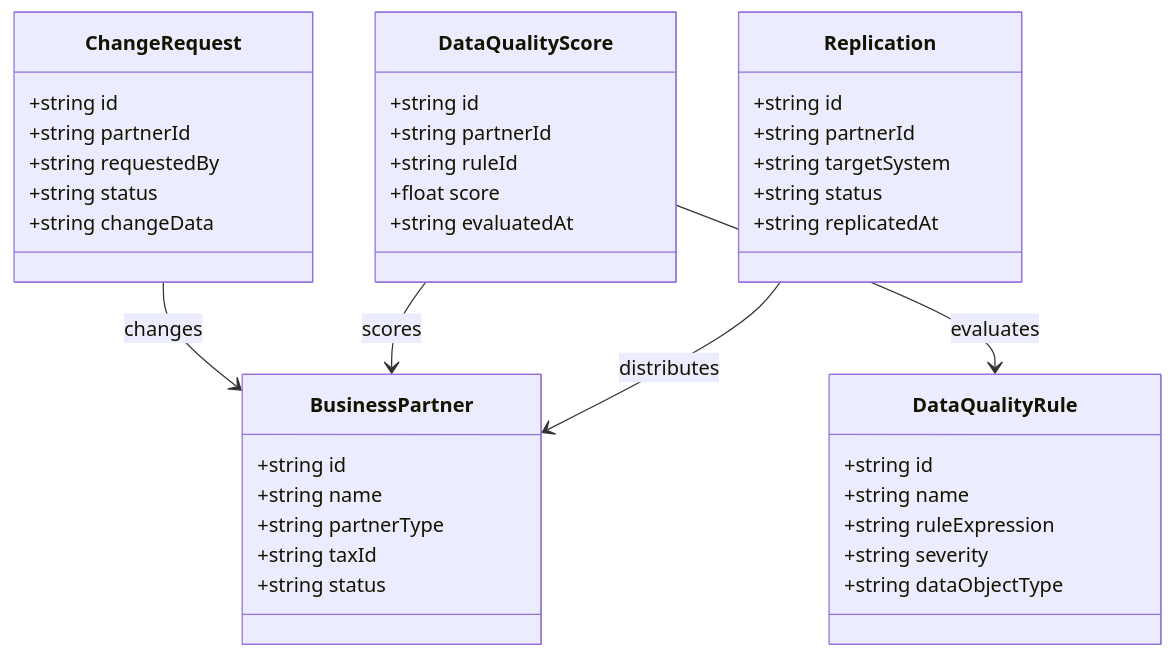
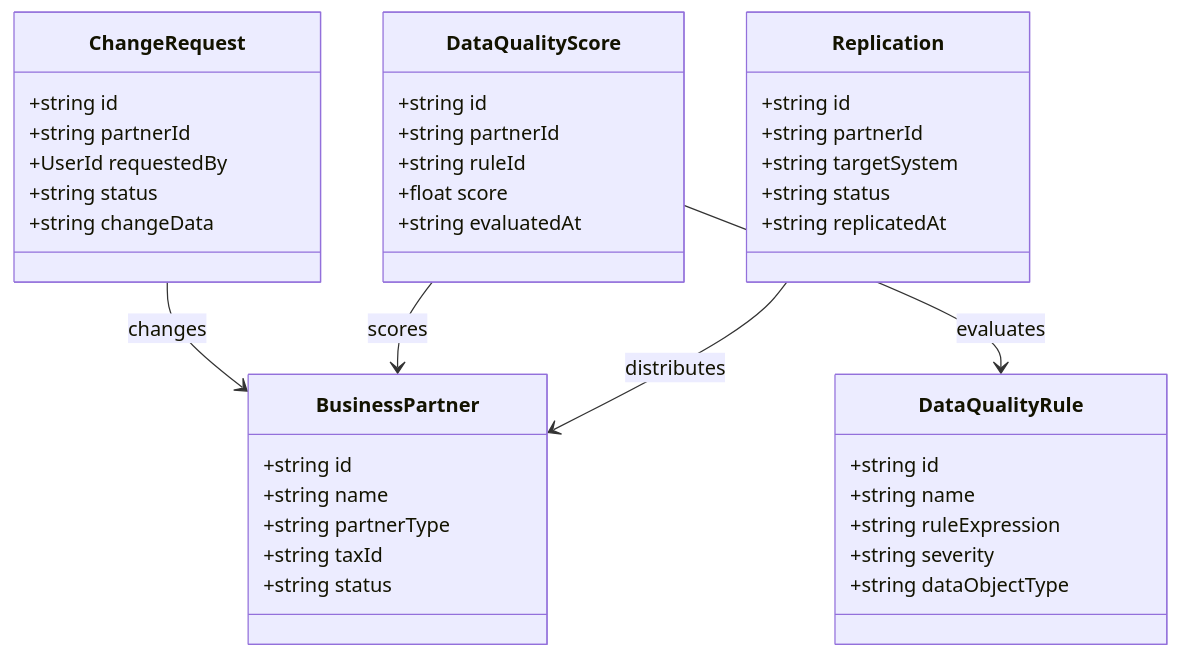
Before and after one commit to UIMSolutions/uim-platform: the first of 3 diagrams in masterdata-governance/UML.md, drawn with Mermaid. The commit also changed 38 other files, not shown here.

````diff
--- a/masterdata-governance/UML.md
+++ b/masterdata-governance/UML.md
@@ -5,43 +5,43 @@
 ```mermaid
 classDiagram
     class BusinessPartner {
         +string id
         +string name
         +string partnerType
         +string taxId
         +string status
     }
     class ChangeRequest {
         +string id
         +string partnerId
-        +string requestedBy
+        +UserId requestedBy
         +string status
         +string changeData
     }
     class DataQualityRule {
         +string id
         +string name
         +string ruleExpression
         +string severity
         +string dataObjectType
     }
     class DataQualityScore {
         +string id
         +string partnerId
         +string ruleId
         +float score
         +string evaluatedAt
     }
     class Replication {
         +string id
         +string partnerId
         +string targetSystem
         +string status
         +string replicatedAt
     }
 
     ChangeRequest --> BusinessPartner : changes
     DataQualityScore --> BusinessPartner : scores
     DataQualityScore --> DataQualityRule : evaluates
     Replication --> BusinessPartner : distributes
 ```
````
